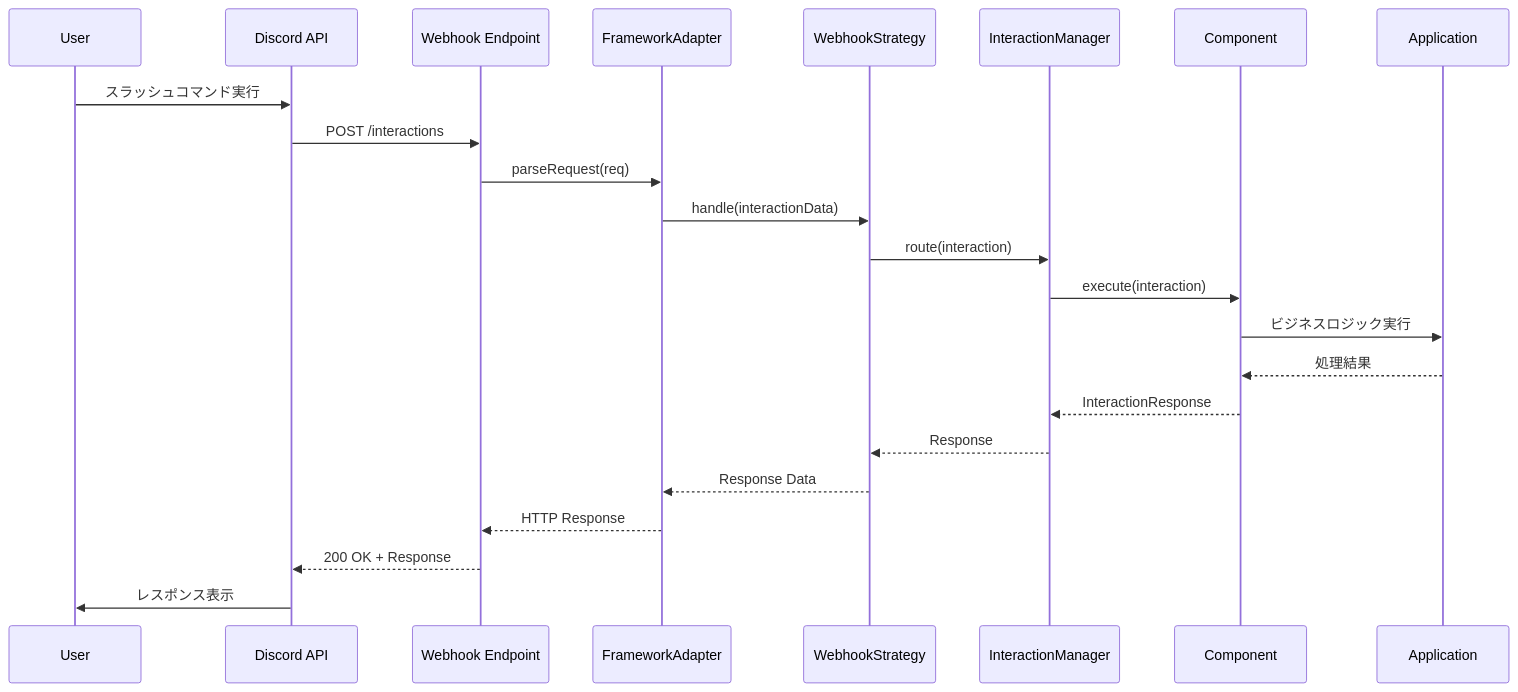
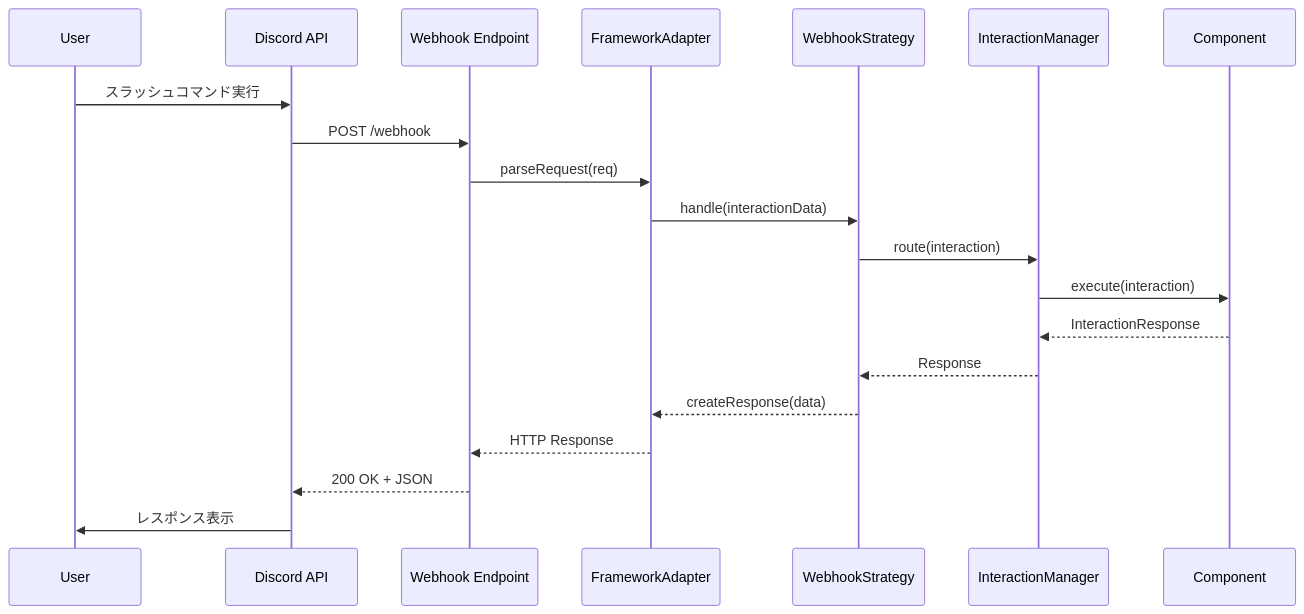
Before and after one commit to Rollphes/discord-wrapper: the fifth of 8 diagrams in ARCHITECTURE.md, drawn with Mermaid. The commit also changed other lines of this file and 4 other files, not shown here.

````diff
--- a/ARCHITECTURE.md
+++ b/ARCHITECTURE.md
@@ -212,26 +241,23 @@
 ```mermaid
 sequenceDiagram
     participant USER as User
     participant DISCORD as Discord API
     participant WEBHOOK as Webhook Endpoint
     participant ADAPTER as FrameworkAdapter
     participant STRATEGY as WebhookStrategy
     participant MANAGER as InteractionManager
     participant COMP as Component
-    participant APP as Application
 
     USER->>DISCORD: スラッシュコマンド実行
-    DISCORD->>WEBHOOK: POST /interactions
+    DISCORD->>WEBHOOK: POST /webhook
     WEBHOOK->>ADAPTER: parseRequest(req)
     ADAPTER->>STRATEGY: handle(interactionData)
     STRATEGY->>MANAGER: route(interaction)
     MANAGER->>COMP: execute(interaction)
-    COMP->>APP: ビジネスロジック実行
-    APP-->>COMP: 処理結果
     COMP-->>MANAGER: InteractionResponse
     MANAGER-->>STRATEGY: Response
-    STRATEGY-->>ADAPTER: Response Data
+    STRATEGY-->>ADAPTER: createResponse(data)
     ADAPTER-->>WEBHOOK: HTTP Response
-    WEBHOOK-->>DISCORD: 200 OK + Response
+    WEBHOOK-->>DISCORD: 200 OK + JSON
     DISCORD->>USER: レスポンス表示
 ```
````
